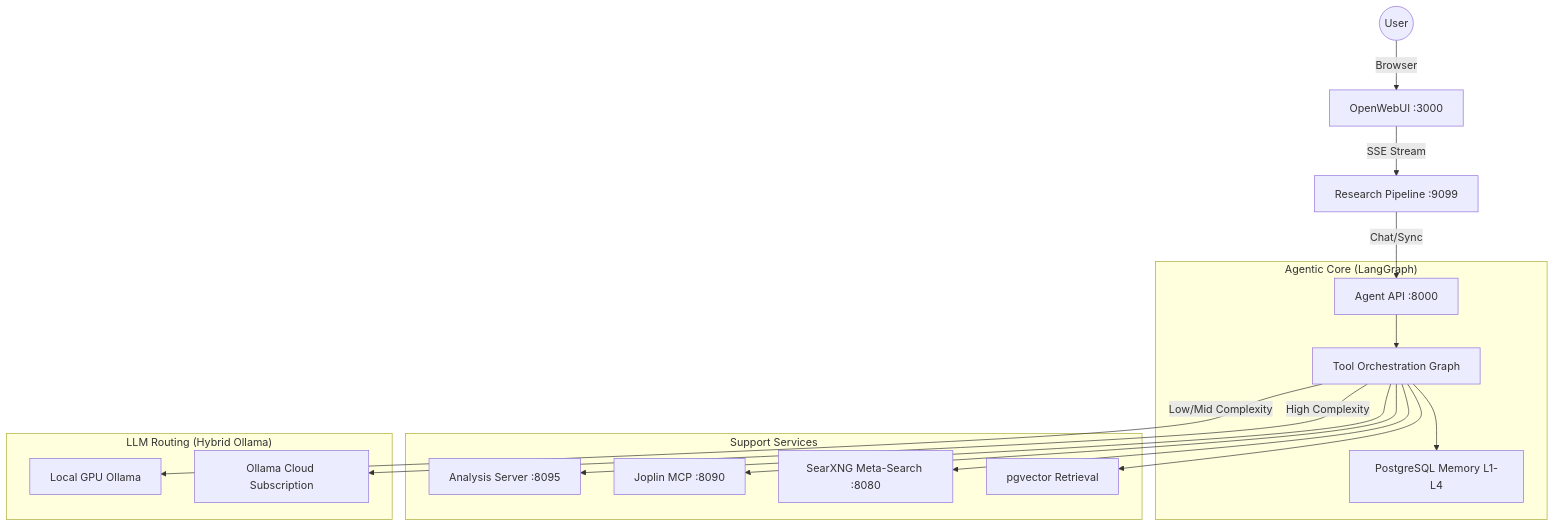
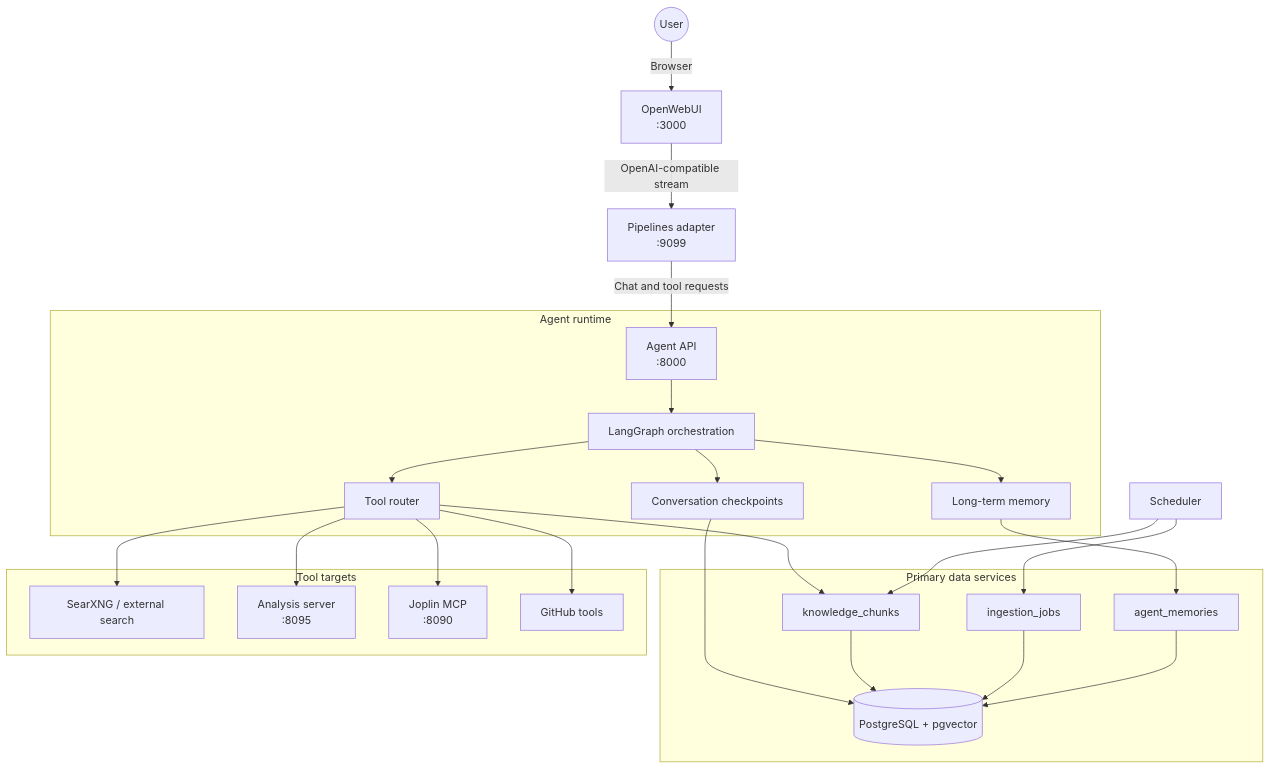
The diagram in ARCHITECTURE.md (Ch3w3y/parsnip-ai), drawn with Mermaid before and after one commit. The commit also changed other lines of this file and 10 other files, not shown here.

Commit message:
Align documentation with current architecture (#19)

````diff
--- a/ARCHITECTURE.md
+++ b/ARCHITECTURE.md
@@ -5,23 +9,36 @@
 ```mermaid
-graph TD
-    User((User)) -->|Browser| OWUI[OpenWebUI :3000]
-    OWUI -->|SSE Stream| Pipe[Research Pipeline :9099]
-    Pipe -->|Chat/Sync| Agent[Agent API :8000]
-    
-    subgraph "Agentic Core (LangGraph)"
-        Agent --> Graph[Tool Orchestration Graph]
-        Graph --> Memory[PostgreSQL Memory L1-L4]
+flowchart TD
+    User((User)) -->|Browser| OWUI[OpenWebUI<br/>:3000]
+    OWUI -->|OpenAI-compatible stream| Pipe[Pipelines adapter<br/>:9099]
+    Pipe -->|Chat and tool requests| Agent[Agent API<br/>:8000]
+
+    subgraph Runtime[Agent runtime]
+        Agent --> Graph[LangGraph orchestration]
+        Graph --> Tools[Tool router]
+        Graph --> Memory[Long-term memory]
+        Graph --> Checkpoints[Conversation checkpoints]
     end
 
-    subgraph "Support Services"
-        Graph --> Analysis[Analysis Server :8095]
-        Graph --> Joplin[Joplin MCP :8090]
-        Graph --> Search[SearXNG Meta-Search :8080]
-        Graph --> Vector[pgvector Retrieval]
+    subgraph Data[Primary data services]
+        PG[(PostgreSQL + pgvector)]
+        KB[knowledge_chunks]
+        Jobs[ingestion_jobs]
+        AM[agent_memories]
     end
 
-    subgraph "LLM Routing (Hybrid Ollama)"
-        Graph -->|Low/Mid Complexity| LocalOllama[Local GPU Ollama]
-        Graph -->|High Complexity| CloudOllama[Ollama Cloud Subscription]
+    subgraph Integrations[Tool targets]
+        Tools --> Search[SearXNG / external search]
+        Tools --> Analysis[Analysis server<br/>:8095]
+        Tools --> Joplin[Joplin MCP<br/>:8090]
+        Tools --> GitHub[GitHub tools]
     end
+
+    Memory --> AM
+    Checkpoints --> PG
+    Tools --> KB
+    Scheduler[Scheduler] --> Jobs
+    Scheduler --> KB
+    KB --> PG
+    Jobs --> PG
+    AM --> PG
 ```
````
